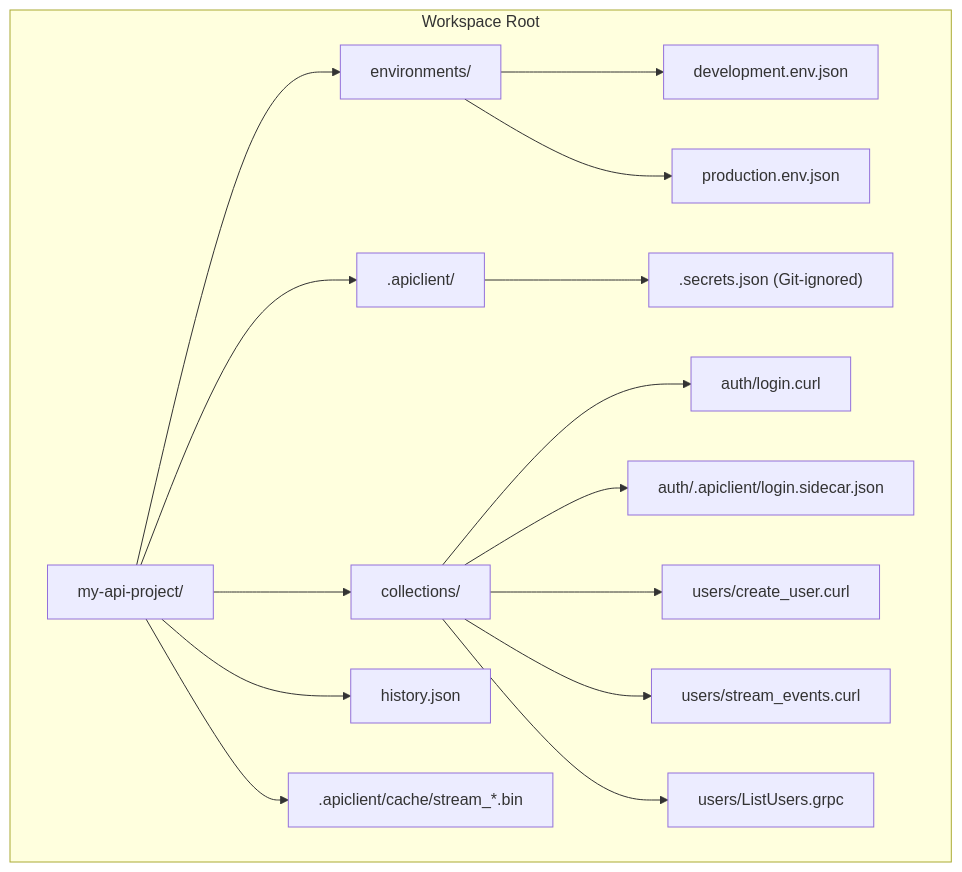
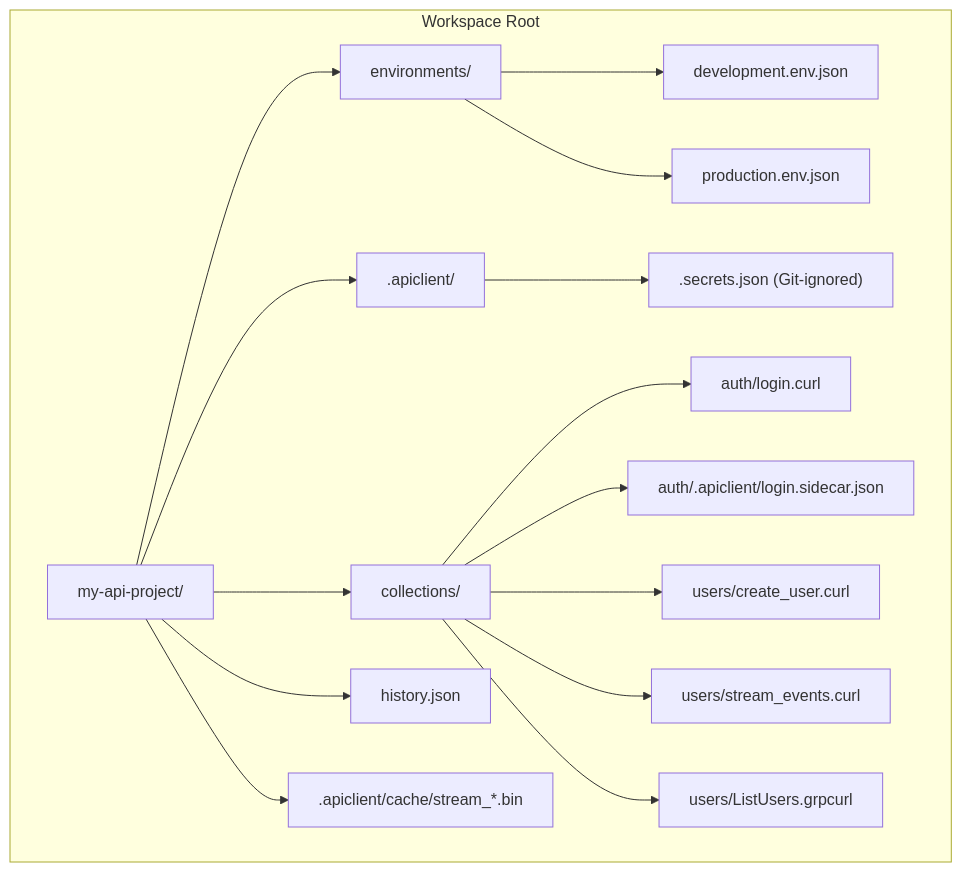
Before and after one commit to theankitgaurav/api-client-reborn: the diagram in README.md, drawn with Mermaid. The commit also changed other lines of this file and 28 other files, not shown here.

Commit message:
feat(grpc): persist gRPC requests as runnable .grpcurl files with comment directives

````diff
--- a/README.md
+++ b/README.md
@@ -125,18 +125,18 @@
 ```mermaid
 graph TD
   subgraph Workspace Root
     A["my-api-project/"] --> B["environments/"]
     B --> B1["development.env.json"]
     B --> B2["production.env.json"]
     A --> C[".apiclient/"]
     C --> C1[".secrets.json (Git-ignored)"]
     A --> D["collections/"]
     D --> D1["auth/login.curl"]
     D --> D2["auth/.apiclient/login.sidecar.json"]
     D --> D3["users/create_user.curl"]
     D --> D4["users/stream_events.curl"]
-    D --> D5["users/ListUsers.grpc"]
+    D --> D5["users/ListUsers.grpcurl"]
     A --> E["history.json"]
     A --> F[".apiclient/cache/stream_*.bin"]
   end
 ```
````
